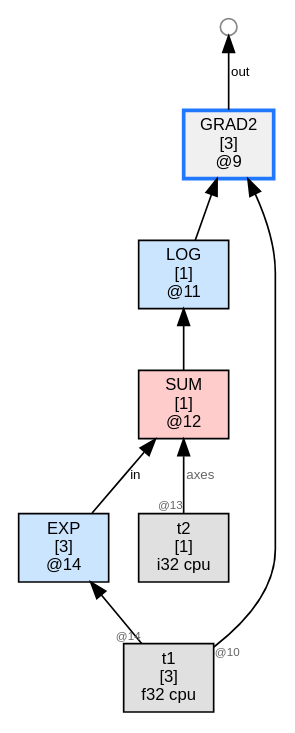
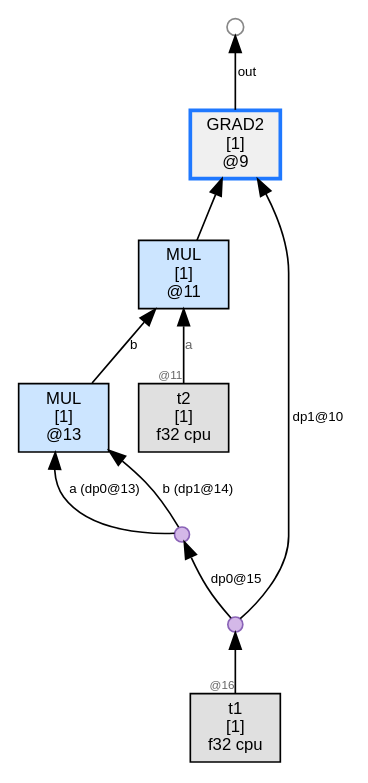
One commit to sw1sh/TinyHVM changed the diagram in wl/examples/thvm_graphs/grad_rules/gradu_poly/thvm_0_pre_reduce.dot. Above: the diagram before and after it, drawn with Graphviz. The commit also changed 4 other files, not shown here.

First line of the commit message:
grad: host-driven SGD loop e2e — 107/107 pass CPU+Metal

```diff
--- a/wl/examples/thvm_graphs/grad_rules/gradu_poly/thvm_0_pre_reduce.dot
+++ b/wl/examples/thvm_graphs/grad_rules/gradu_poly/thvm_0_pre_reduce.dot
@@ -1,20 +1,23 @@
 digraph G {
   rankdir=BT;
   node [fontname="Helvetica", fontsize=10, style=filled, shape=box, margin="0.1,0.05"];
   edge [fontsize=8, fontname="Helvetica"];
 
-  n11 [label="LOG\n[1]\n@11", shape=box, fillcolor="#cce5ff"];
-  n12 -> n11 [label=""];
-  n12 [label="SUM\n[1]\n@12", shape=box, fillcolor="#ffcccc"];
-  n14 -> n12 [label="in"];
-  t2 [label="t2\n[1]\ni32 cpu",shape=box,fillcolor="#e0e0e0"];
-  t2 -> n12 [label="axes",taillabel="@13",labelfontsize=7,fontcolor="#666666"];
-  n14 [label="EXP\n[3]\n@14", shape=box, fillcolor="#cce5ff"];
-  t1 [label="t1\n[3]\nf32 cpu",shape=box,fillcolor="#e0e0e0"];
-  t1 -> n14 [label="",taillabel="@14",labelfontsize=7,fontcolor="#666666"];
-  n9 [label="GRAD2\n[3]\n@9", shape=box, fillcolor="#f0f0f0",color="#1f78ff",penwidth=2.2];
+  n11 [label="MUL\n[1]\n@11", shape=box, fillcolor="#cce5ff"];
+  t2 [label="t2\n[1]\nf32 cpu",shape=box,fillcolor="#e0e0e0"];
+  t2 -> n11 [label="a",taillabel="@11",labelfontsize=7,fontcolor="#666666"];
+  n13 -> n11 [label="b"];
+  n13 [label="MUL\n[1]\n@13", shape=box, fillcolor="#cce5ff"];
+  dup15 [label="", shape=circle, width=0.12, height=0.12, fixedsize=true, fillcolor="#d4b8e8", color="#8a63b7", fontsize=1];
+  dup16 -> dup15 [label="dp0@15"];
+  dup16 [label="", shape=circle, width=0.12, height=0.12, fixedsize=true, fillcolor="#d4b8e8", color="#8a63b7", fontsize=1];
+  t1 [label="t1\n[1]\nf32 cpu",shape=box,fillcolor="#e0e0e0"];
+  t1 -> dup16[label="",taillabel="@16",labelfontsize=7,fontcolor="#666666"];
+  dup15 -> n13 [label="a (dp0@13)"];
+  dup15 -> n13 [label="b (dp1@14)"];
+  n9 [label="GRAD2\n[1]\n@9", shape=box, fillcolor="#f0f0f0",color="#1f78ff",penwidth=2.2];
   n11 -> n9 [label=""];
-  t1 -> n9 [label="",taillabel="@10",labelfontsize=7,fontcolor="#666666"];
+  dup16 -> n9 [label="dp1@10"];
   free9_1000 [label="",shape=circle,width=0.14,height=0.14,fixedsize=true,fillcolor="#ffffff",color="#888888",fontsize=1];
   n9 -> free9_1000 [label="out"];
 }
```
